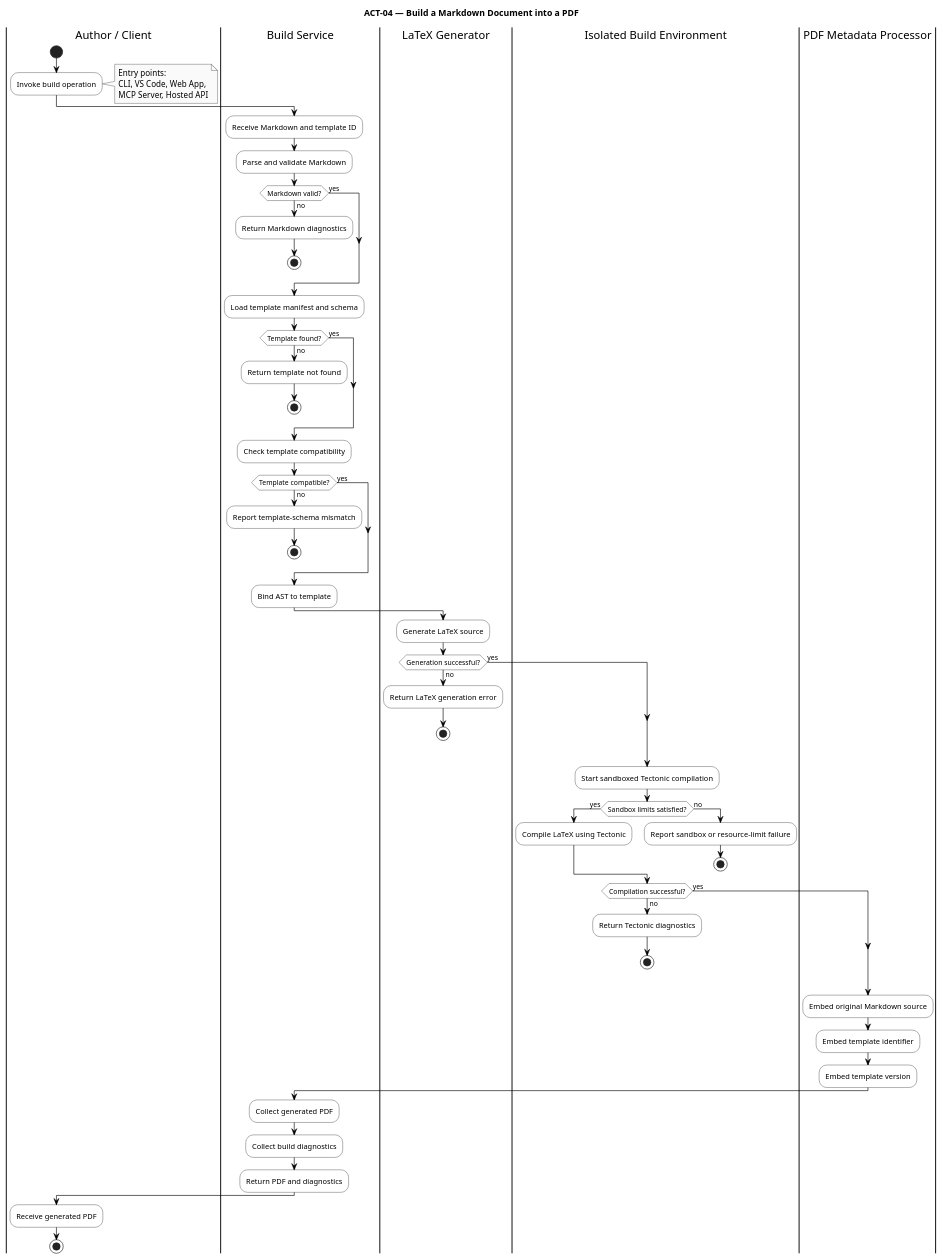
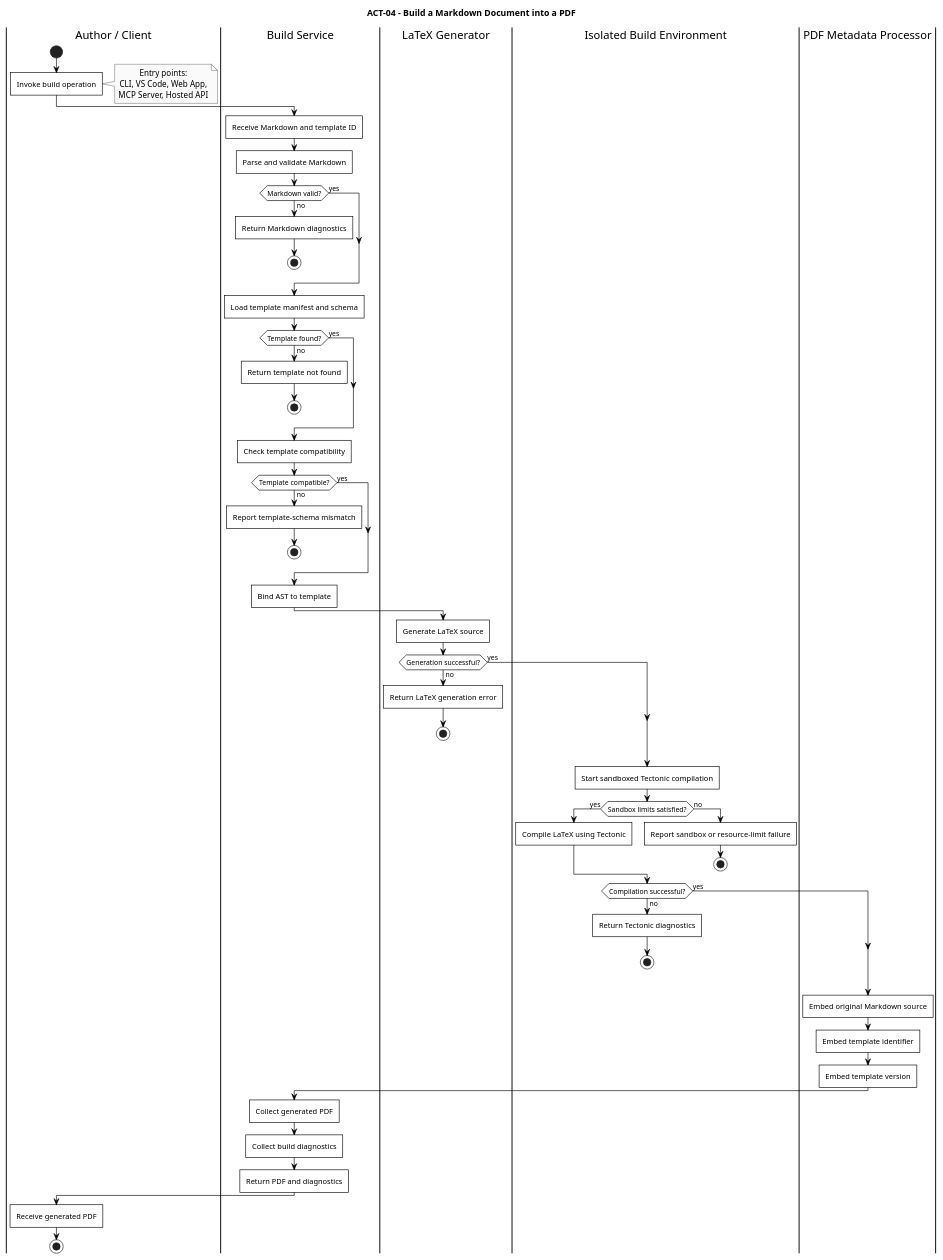
One commit to Litho-MD/uet-fyp-docs changed the diagram in diagrams/puml/activity/04-build-pdf.puml. Above: the diagram before and after it, drawn with PlantUML. The commit also changed 38 other files, not shown here.

Commit message:
fix(diagrams): add diamond merge loops to userflows, square borders to activities, and align security review text

```diff
--- a/diagrams/puml/activity/04-build-pdf.puml
+++ b/diagrams/puml/activity/04-build-pdf.puml
@@ -1,87 +1,90 @@
 @startuml
-title ACT-04 — Build a Markdown Document into a PDF
+title ACT-04 - Build a Markdown Document into a PDF
 
 skinparam monochrome true
 skinparam backgroundColor white
 skinparam shadowing false
+skinparam roundCorner 0
+skinparam defaultTextAlignment center
+skinparam activityBorderThickness 1
 skinparam activity {
     BackgroundColor white
     BorderColor black
     FontColor black
     DiamondBackgroundColor white
     DiamondBorderColor black
 }
 skinparam ArrowColor black
 skinparam defaultFontColor black
 
 |Author / Client|
 start
 :Invoke build operation;
 note right
     Entry points:
     CLI, VS Code, Web App,
     MCP Server, Hosted API
 end note
 
 |Build Service|
 :Receive Markdown and template ID;
 :Parse and validate Markdown;
 if (Markdown valid?) then (yes)
 else (no)
     :Return Markdown diagnostics;
     stop
 endif
 
 :Load template manifest and schema;
 if (Template found?) then (yes)
 else (no)
     :Return template not found;
     stop
 endif
 
 :Check template compatibility;
 if (Template compatible?) then (yes)
 else (no)
     :Report template-schema mismatch;
     stop
 endif
 
 :Bind AST to template;
 
 |LaTeX Generator|
 :Generate LaTeX source;
 if (Generation successful?) then (yes)
 else (no)
     :Return LaTeX generation error;
     stop
 endif
 
 |Isolated Build Environment|
 :Start sandboxed Tectonic compilation;
 if (Sandbox limits satisfied?) then (yes)
     :Compile LaTeX using Tectonic;
 else (no)
     :Report sandbox or resource-limit failure;
     stop
 endif
 
 if (Compilation successful?) then (yes)
 else (no)
     :Return Tectonic diagnostics;
     stop
 endif
 
 |PDF Metadata Processor|
 :Embed original Markdown source;
 :Embed template identifier;
 :Embed template version;
 
 |Build Service|
 :Collect generated PDF;
 :Collect build diagnostics;
 :Return PDF and diagnostics;
 
 |Author / Client|
 :Receive generated PDF;
 stop
 @enduml
```
